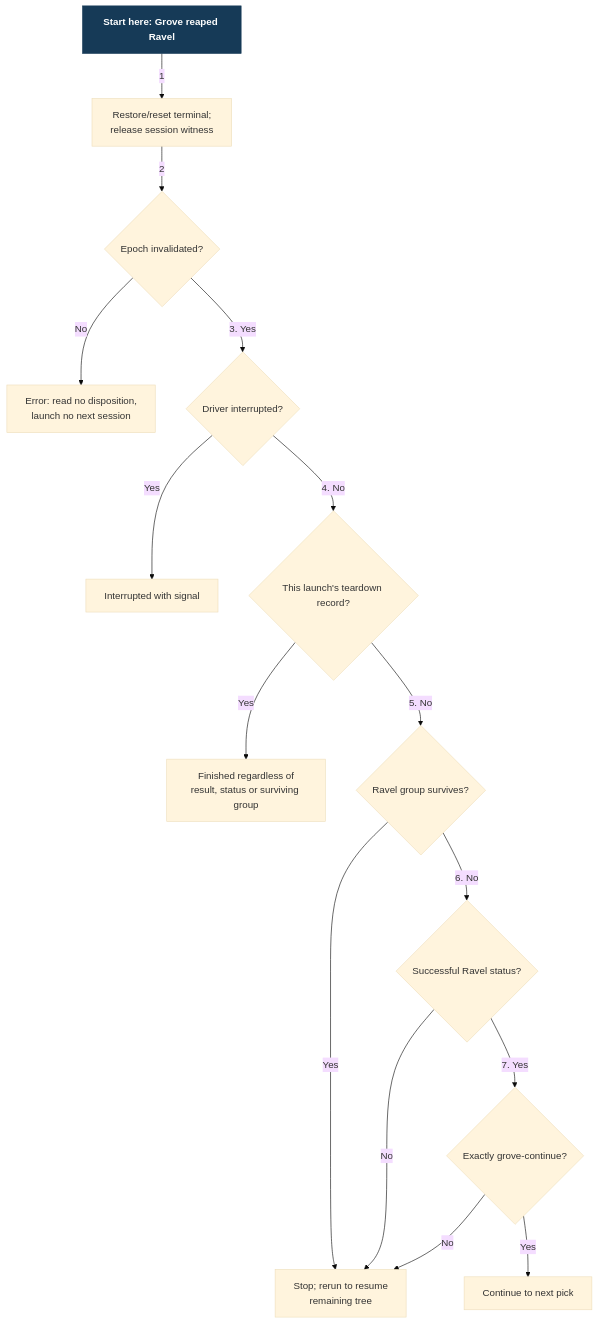
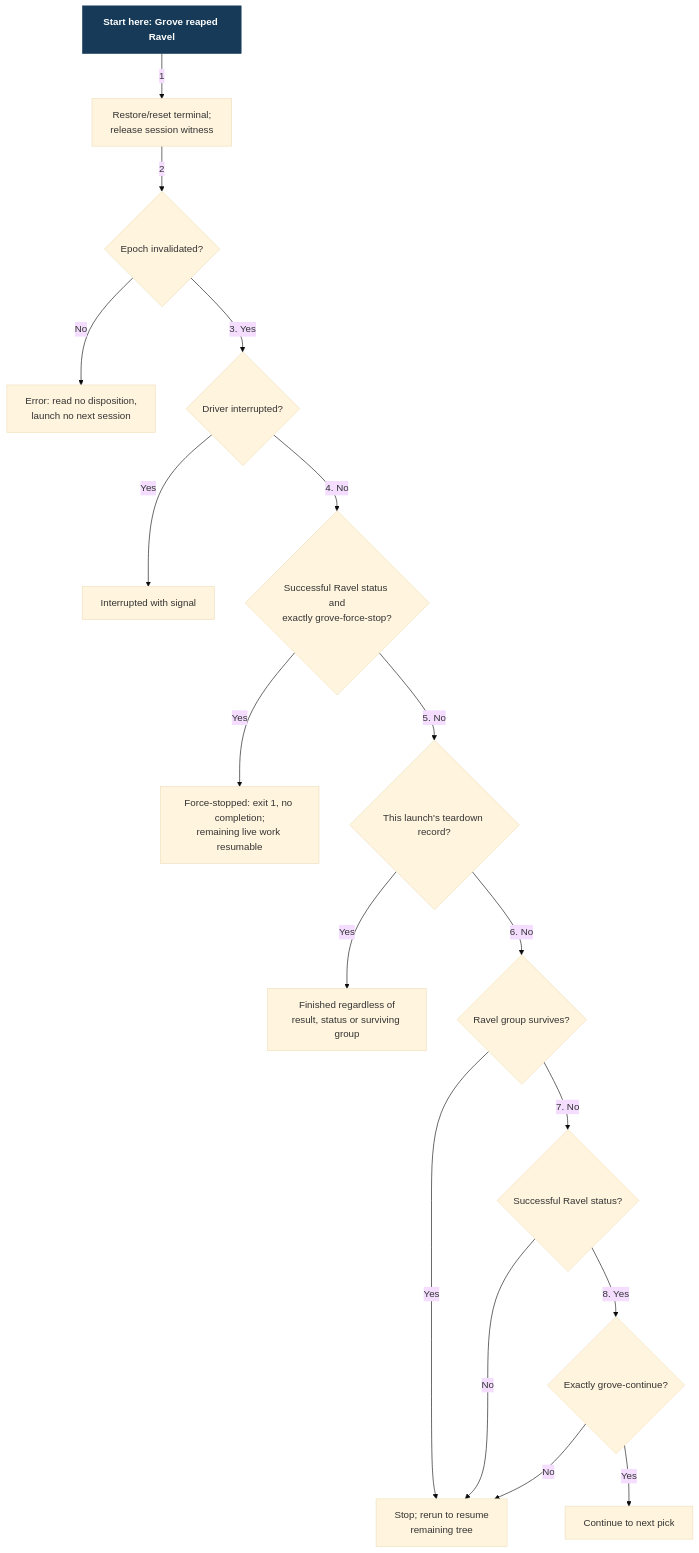
Before and after one commit to Linkuistics/grove: the diagram in docs/design/harness-selection-and-execution/loop-decision.mmd, drawn with Mermaid (base theme). The commit also changed 15 other files, not shown here.

```diff
--- a/docs/design/harness-selection-and-execution/loop-decision.mmd
+++ b/docs/design/harness-selection-and-execution/loop-decision.mmd
@@ -1,33 +1,39 @@
 flowchart TB
   Start["Start here: Grove reaped Ravel"]:::start
   Restore["Restore/reset terminal;
 release session witness"]
   Epoch{"Epoch invalidated?"}
   Fatal["Error: read no disposition,
 launch no next session"]
   Interrupt{"Driver interrupted?"}
   Interrupted["Interrupted with signal"]
+  ForceStop{"Successful Ravel status and
+exactly grove-force-stop?"}
+  ForceStopped["Force-stopped: exit 1, no completion;
+remaining live work resumable"]
   Teardown{"This launch's teardown record?"}
   Finished["Finished regardless of
 result, status or surviving group"]
   Group{"Ravel group survives?"}
   Status{"Successful Ravel status?"}
   Result{"Exactly grove-continue?"}
   Continue["Continue to next pick"]
   Stop["Stop; rerun to resume
 remaining tree"]
   Start -->|"1"| Restore
   Restore -->|"2"| Epoch
   Epoch -->|"No"| Fatal
   Epoch -->|"3. Yes"| Interrupt
   Interrupt -->|"Yes"| Interrupted
-  Interrupt -->|"4. No"| Teardown
+  Interrupt -->|"4. No"| ForceStop
+  ForceStop -->|"Yes"| ForceStopped
+  ForceStop -->|"5. No"| Teardown
   Teardown -->|"Yes"| Finished
-  Teardown -->|"5. No"| Group
+  Teardown -->|"6. No"| Group
   Group -->|"Yes"| Stop
-  Group -->|"6. No"| Status
+  Group -->|"7. No"| Status
   Status -->|"No"| Stop
-  Status -->|"7. Yes"| Result
+  Status -->|"8. Yes"| Result
   Result -->|"Yes"| Continue
   Result -->|"No"| Stop
   classDef start fill:#163a57,color:#fff,stroke:#163a57,font-weight:bold
```
